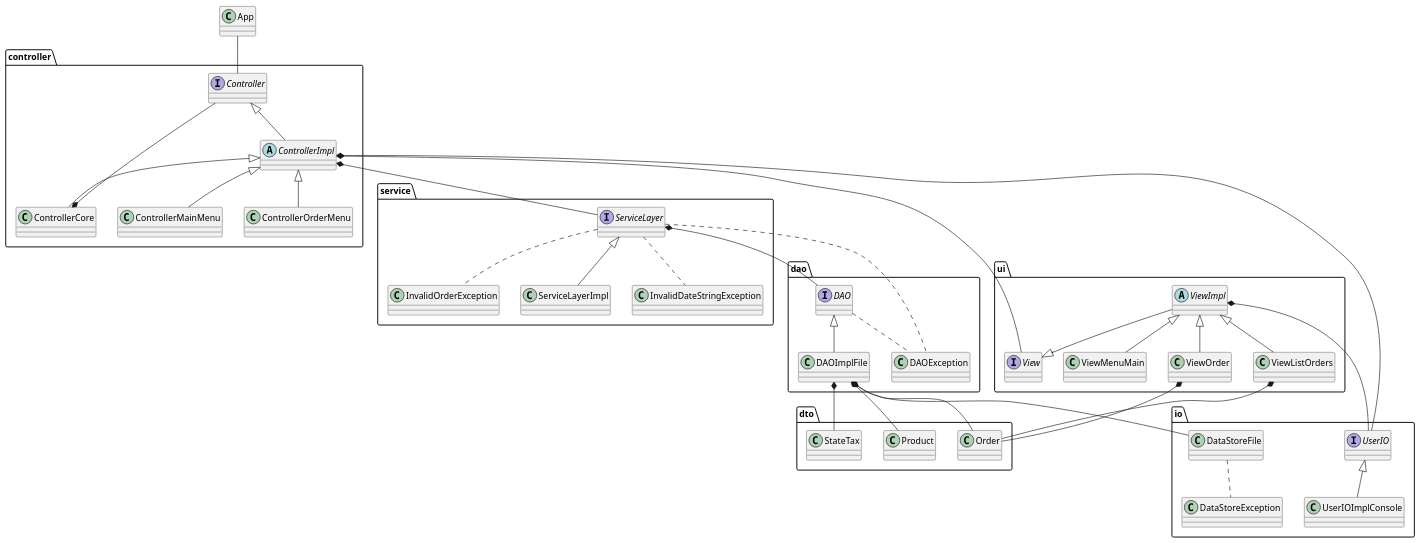
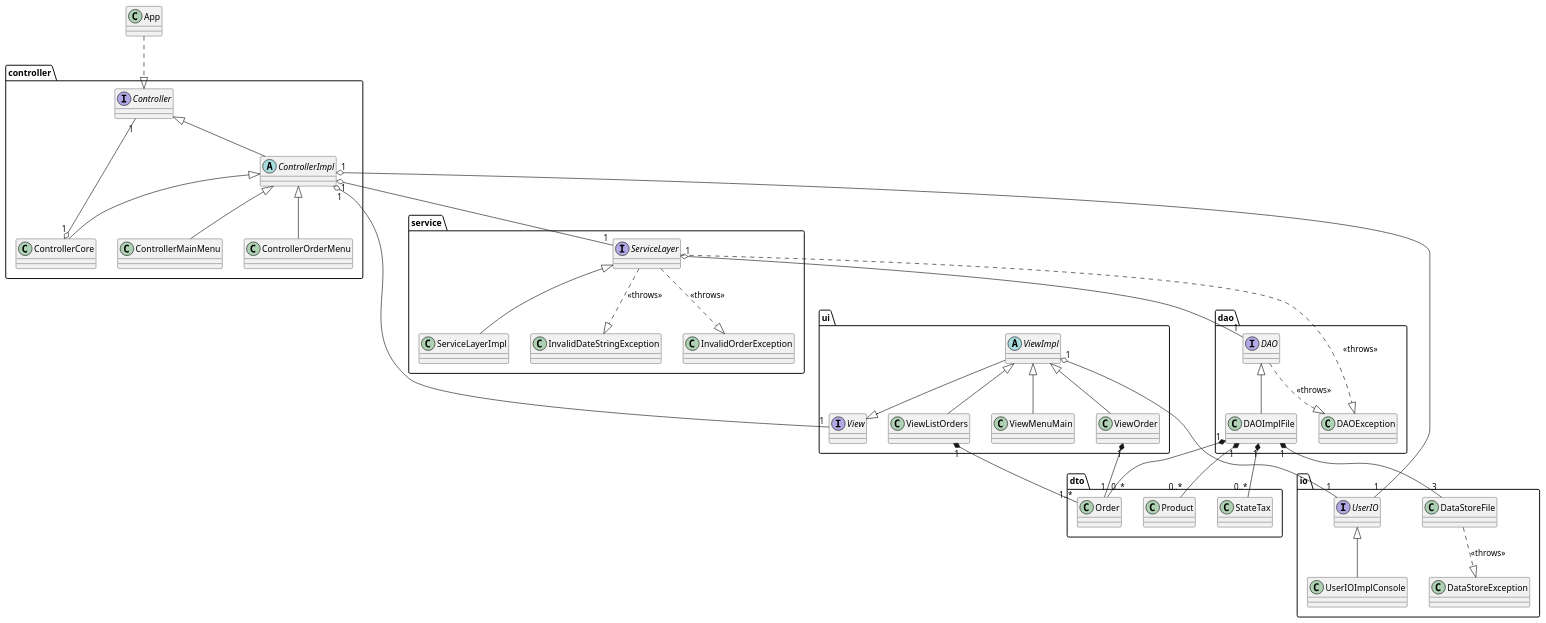
One commit to aidlran/C299 changed the diagram in doc/class-diagram.puml. Above: the diagram before and after it, drawn with PlantUML. The commit also changed 1 other file, not shown here.

Commit message:
Class diagram cardinality

```diff
--- a/doc/class-diagram.puml
+++ b/doc/class-diagram.puml
@@ -1,81 +1,81 @@
 @startuml class-diagram
 
 ' IO package
 interface io.UserIO
 class io.UserIOImplConsole
 class io.DataStoreFile
 Class io.DataStoreException
 
 ' Controller package
 interface controller.Controller
 abstract class controller.ControllerImpl
 class controller.ControllerCore
 class controller.ControllerMainMenu
 class controller.ControllerOrderMenu
 
 ' DAO package
 interface dao.DAO
 class dao.DAOImplFile
 class dao.DAOException
 
 ' DTO package
 class dto.Order
 class dto.Product
 class dto.StateTax
 ' enum dto.StateTaxEnum
 
 ' Service package
 class service.InvalidDateStringException
 class service.InvalidOrderException
 interface service.ServiceLayer
 class service.ServiceLayerImpl
 
 ' UI package
 interface ui.View
 abstract class ui.ViewImpl
 class ui.ViewMenuMain
 class ui.ViewOrder
 class ui.ViewListOrders
 
 ' App
 class App
 
 ' Relationships
 
 io.UserIO <|-- io.UserIOImplConsole
 
-io.DataStoreFile .. io.DataStoreException
+io.DataStoreFile ..|> io.DataStoreException : <<throws>>
 
 controller.Controller <|-- controller.ControllerImpl
 controller.ControllerImpl <|-- controller.ControllerCore
 controller.ControllerImpl <|-- controller.ControllerMainMenu
 controller.ControllerImpl <|-- controller.ControllerOrderMenu
-controller.Controller --* controller.ControllerCore
-controller.ControllerImpl *-- ui.View
-controller.ControllerImpl *-- io.UserIO
-controller.ControllerImpl *-- service.ServiceLayer
+controller.ControllerCore "1" o-- "1" controller.Controller
+controller.ControllerImpl "1" o-- "1" ui.View
+controller.ControllerImpl "1" o-- "1" io.UserIO
+controller.ControllerImpl "1" o-- "1" service.ServiceLayer
 
 dao.DAO <|-- dao.DAOImplFile
-dao.DAO .. dao.DAOException
-dao.DAOImplFile *-- io.DataStoreFile
-dao.DAOImplFile *-- dto.Order
-dao.DAOImplFile *-- dto.StateTax
-dao.DAOImplFile *-- dto.Product
+dao.DAO ..|> dao.DAOException : <<throws>>
+dao.DAOImplFile "1" *-- "3" io.DataStoreFile
+dao.DAOImplFile "1" *-- "0..*" dto.Order
+dao.DAOImplFile "1" *-- "0..*" dto.StateTax
+dao.DAOImplFile "1" *-- "0..*" dto.Product
 
-service.ServiceLayer .. dao.DAOException
-service.ServiceLayer .. service.InvalidDateStringException
-service.ServiceLayer .. service.InvalidOrderException
+service.ServiceLayer ..|> dao.DAOException : <<throws>>
+service.ServiceLayer ..|> service.InvalidDateStringException : <<throws>>
+service.ServiceLayer ..|> service.InvalidOrderException : <<throws>>
 service.ServiceLayer <|-- service.ServiceLayerImpl
-service.ServiceLayer *-- dao.DAO
+service.ServiceLayer "1" o-- "1" dao.DAO
 
 ui.ViewImpl --|> ui.View
-ui.ViewImpl *-- io.UserIO
+ui.ViewImpl "1" o-- "1" io.UserIO
 ui.ViewImpl <|-- ui.ViewMenuMain
 ui.ViewImpl <|-- ui.ViewOrder
 ui.ViewImpl <|-- ui.ViewListOrders
-ui.ViewListOrders *-- dto.Order
-ui.ViewOrder *-- dto.Order
+ui.ViewListOrders "1" *-- "1..*" dto.Order
+ui.ViewOrder "1" *-- "1" dto.Order
 
-App -- controller.Controller
+App ..|> controller.Controller
 
 @enduml
```
